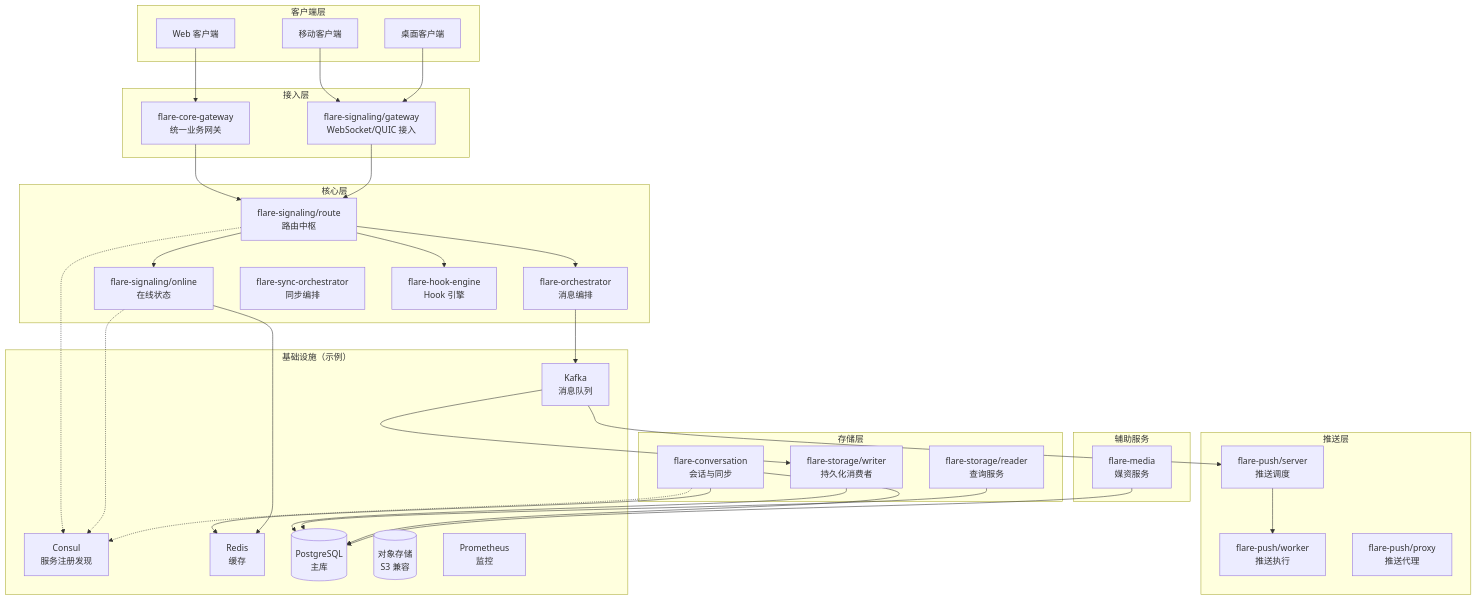
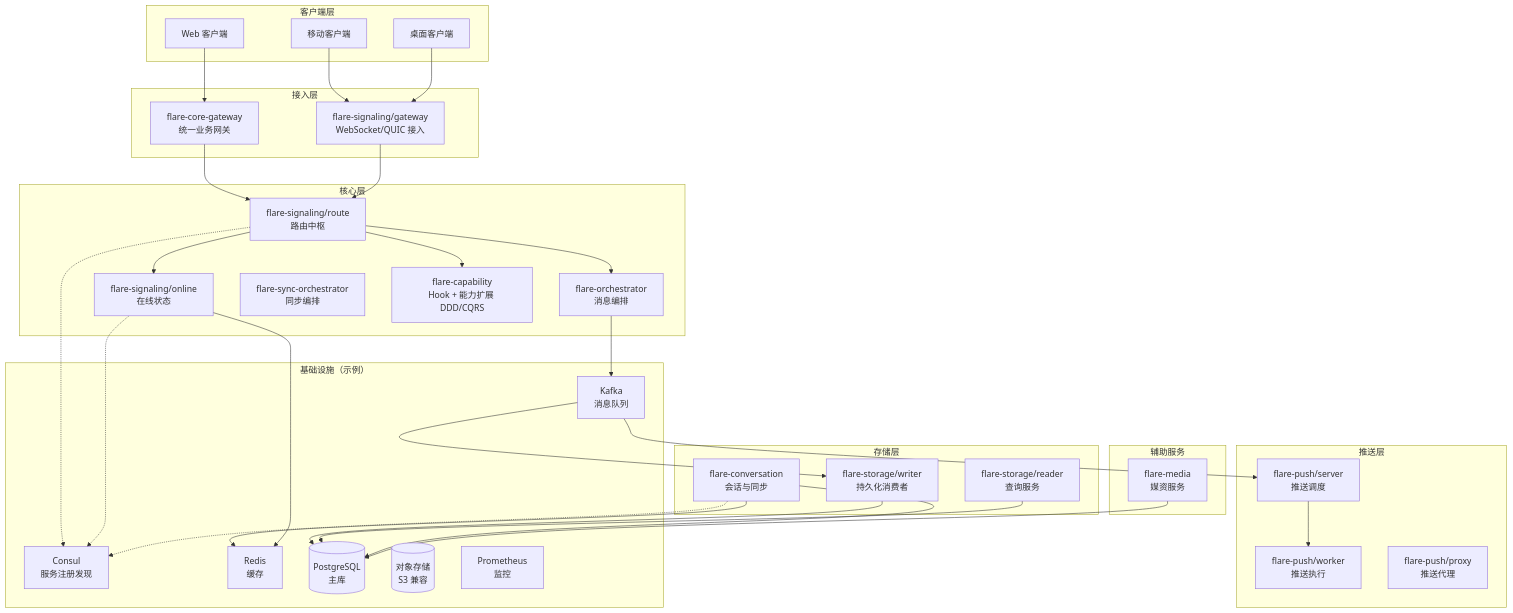
One commit to flare-im/flare-im-core-server changed the diagram in README.md. Above: the diagram before and after it, drawn with Mermaid. The commit also changed other lines of this file and 112 other files, not shown here.

````diff
--- a/README.md
+++ b/README.md
@@ -34,75 +34,75 @@
 ```mermaid
 graph TB
     subgraph "客户端层"
         Web[Web 客户端]
         Mobile[移动客户端]
         Desktop[桌面客户端]
     end
 
     subgraph "接入层"
         CoreGW[flare-core-gateway<br/>统一业务网关]
         SignalingGW[flare-signaling/gateway<br/>WebSocket/QUIC 接入]
     end
 
     subgraph "核心层"
         Route[flare-signaling/route<br/>路由中枢]
         Online[flare-signaling/online<br/>在线状态]
         Orchestrator[flare-orchestrator<br/>消息编排]
         SyncOrch[flare-sync-orchestrator<br/>同步编排]
-        HookEngine[flare-hook-engine<br/>Hook 引擎]
+        Capability[flare-capability<br/>Hook + 能力扩展 DDD/CQRS]
     end
 
     subgraph "存储层"
         StorageWriter[flare-storage/writer<br/>持久化消费者]
         StorageReader[flare-storage/reader<br/>查询服务]
         Conversation[flare-conversation<br/>会话与同步]
     end
 
     subgraph "推送层"
         PushServer[flare-push/server<br/>推送调度]
         PushWorker[flare-push/worker<br/>推送执行]
         PushProxy[flare-push/proxy<br/>推送代理]
     end
 
     subgraph "辅助服务"
         Media[flare-media<br/>媒资服务]
     end
 
     subgraph "基础设施（示例）"
         Consul[Consul<br/>服务注册发现]
         Kafka[Kafka<br/>消息队列]
         Redis[Redis<br/>缓存]
         PostgreSQL[(PostgreSQL<br/>主库)]
         MinIO[(对象存储<br/>S3 兼容)]
         Prometheus[Prometheus<br/>监控]
     end
 
     Web --> CoreGW
     Mobile --> SignalingGW
     Desktop --> SignalingGW
 
     CoreGW --> Route
     SignalingGW --> Route
 
     Route --> Online
     Route --> Orchestrator
-    Route --> HookEngine
+    Route --> Capability
 
     Orchestrator --> Kafka
     Kafka --> StorageWriter
     StorageWriter --> PostgreSQL
     StorageReader --> PostgreSQL
 
     Kafka --> PushServer
     PushServer --> PushWorker
 
     Conversation --> Redis
     Conversation --> PostgreSQL
     Online --> Redis
 
     Media --> PostgreSQL
 
     Route -.-> Consul
     Online -.-> Consul
     Conversation -.-> Consul
 ```
````
